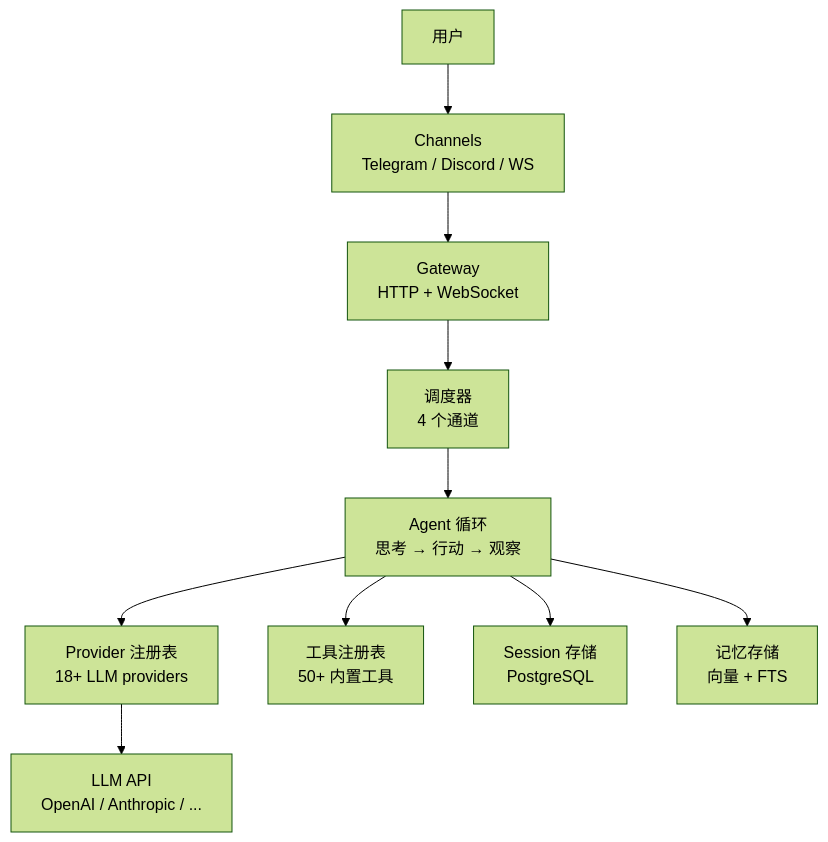
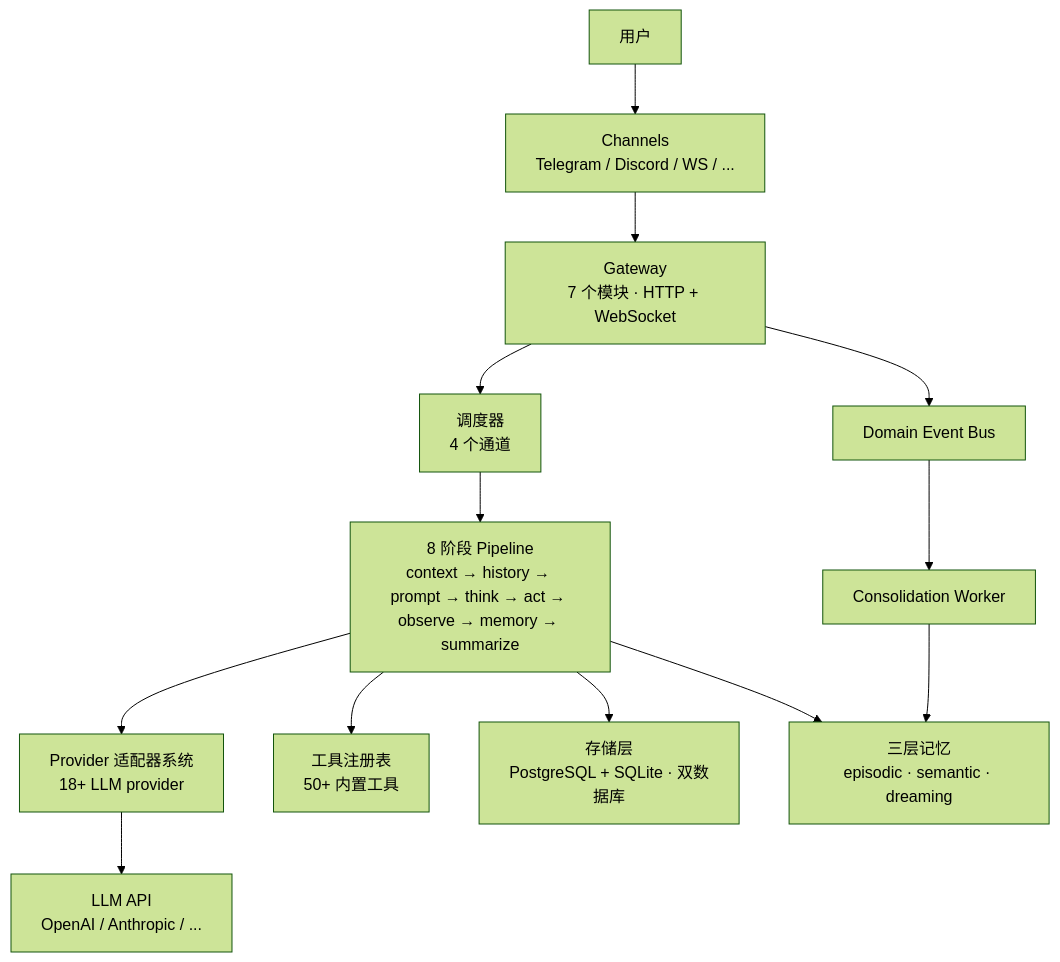
Before and after one commit to q1t-architect/goclaw-docs: the diagram in zh/core-concepts/how-goclaw-works.md, drawn with Mermaid (forest theme). The commit also changed other lines of this file and 367 other files, not shown here.

````diff
--- a/zh/core-concepts/how-goclaw-works.md
+++ b/zh/core-concepts/how-goclaw-works.md
@@ -13,12 +13,15 @@
 ```mermaid
 graph TD
-    U[用户] --> CH[Channels<br/>Telegram / Discord / WS]
-    CH --> GW[Gateway<br/>HTTP + WebSocket]
+    U[用户] --> CH[Channels<br/>Telegram / Discord / WS / ...]
+    CH --> GW[Gateway<br/>7 个模块 · HTTP + WebSocket]
+    GW --> BUS[Domain Event Bus]
     GW --> SC[调度器<br/>4 个通道]
-    SC --> AL[Agent 循环<br/>思考 → 行动 → 观察]
-    AL --> PR[Provider 注册表<br/>18+ LLM providers]
-    AL --> TR[工具注册表<br/>50+ 内置工具]
-    AL --> SS[Session 存储<br/>PostgreSQL]
-    AL --> MM[记忆存储<br/>向量 + FTS]
+    SC --> PL[8 阶段 Pipeline<br/>context → history → prompt → think → act → observe → memory → summarize]
+    PL --> PR[Provider 适配器系统<br/>18+ LLM provider]
+    PL --> TR[工具注册表<br/>50+ 内置工具]
+    PL --> SS[存储层<br/>PostgreSQL + SQLite · 双数据库]
+    PL --> MM[三层记忆<br/>episodic · semantic · dreaming]
+    BUS --> CW[Consolidation Worker]
+    CW --> MM
     PR --> LLM[LLM API<br/>OpenAI / Anthropic / ...]
 ```
````
